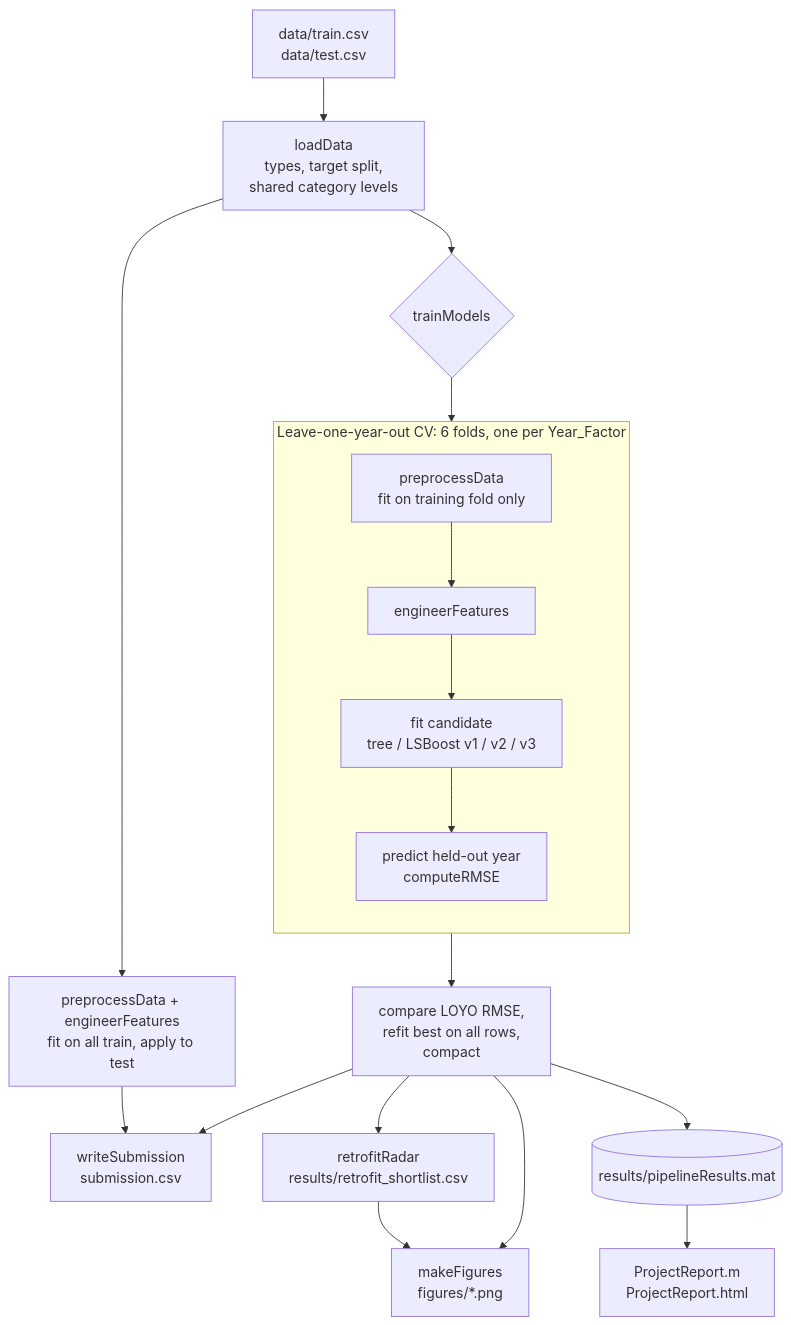
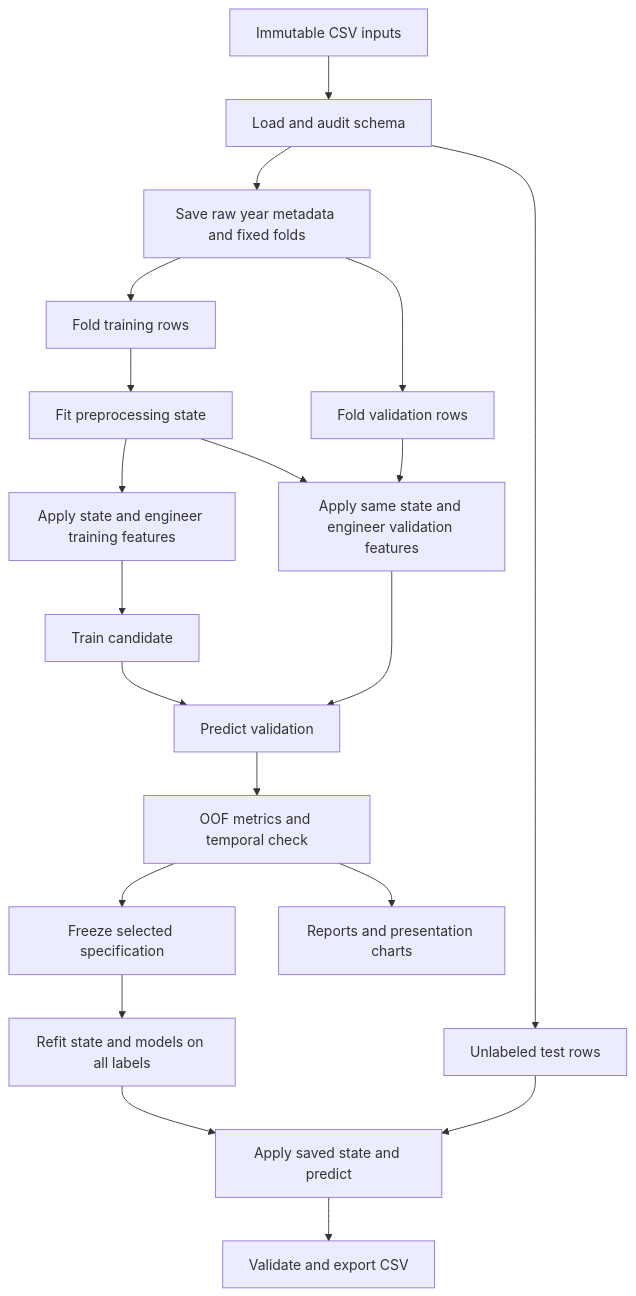
The diagram in ARCHITECTURE.md (Roh00t/MatrixNotFound), drawn with Mermaid before and after one commit. The commit also changed other lines of this file, not shown here.

````diff
--- a/ARCHITECTURE.md
+++ b/ARCHITECTURE.md
@@ -7,21 +9,22 @@
 ```mermaid
 flowchart TD
-    A[data/train.csv<br/>data/test.csv] --> B[loadData<br/>types, target split,<br/>shared category levels]
-    B --> C{trainModels}
-    subgraph CV [Leave-one-year-out CV: 6 folds, one per Year_Factor]
-        direction TB
-        D[preprocessData<br/>fit on training fold only] --> E[engineerFeatures]
-        E --> F[fit candidate<br/>tree / LSBoost v1 / v2 / v3]
-        F --> G[predict held-out year<br/>computeRMSE]
-    end
-    C --> CV
-    CV --> H[compare LOYO RMSE,<br/>refit best on all rows,<br/>compact]
-    B --> I[preprocessData + engineerFeatures<br/>fit on all train, apply to test]
-    H --> J[writeSubmission<br/>submission.csv]
-    I --> J
-    H --> K[retrofitRadar<br/>results/retrofit_shortlist.csv]
-    H --> L[makeFigures<br/>figures/*.png]
-    K --> L
-    H --> M[(results/pipelineResults.mat)]
-    M --> N[ProjectReport.m<br/>ProjectReport.html]
+    A[Immutable CSV inputs] --> B[Load and audit schema]
+    B --> C[Save raw year metadata and fixed folds]
+    C --> D[Fold training rows]
+    C --> E[Fold validation rows]
+    D --> F[Fit preprocessing state]
+    F --> G[Apply state and engineer training features]
+    F --> H[Apply same state and engineer validation features]
+    E --> H
+    G --> I[Train candidate]
+    I --> J[Predict validation]
+    H --> J
+    J --> K[OOF metrics and temporal check]
+    K --> L[Freeze selected specification]
+    L --> M[Refit state and models on all labels]
+    B --> N[Unlabeled test rows]
+    M --> O[Apply saved state and predict]
+    N --> O
+    O --> P[Validate and export CSV]
+    K --> Q[Reports and presentation charts]
 ```
````
